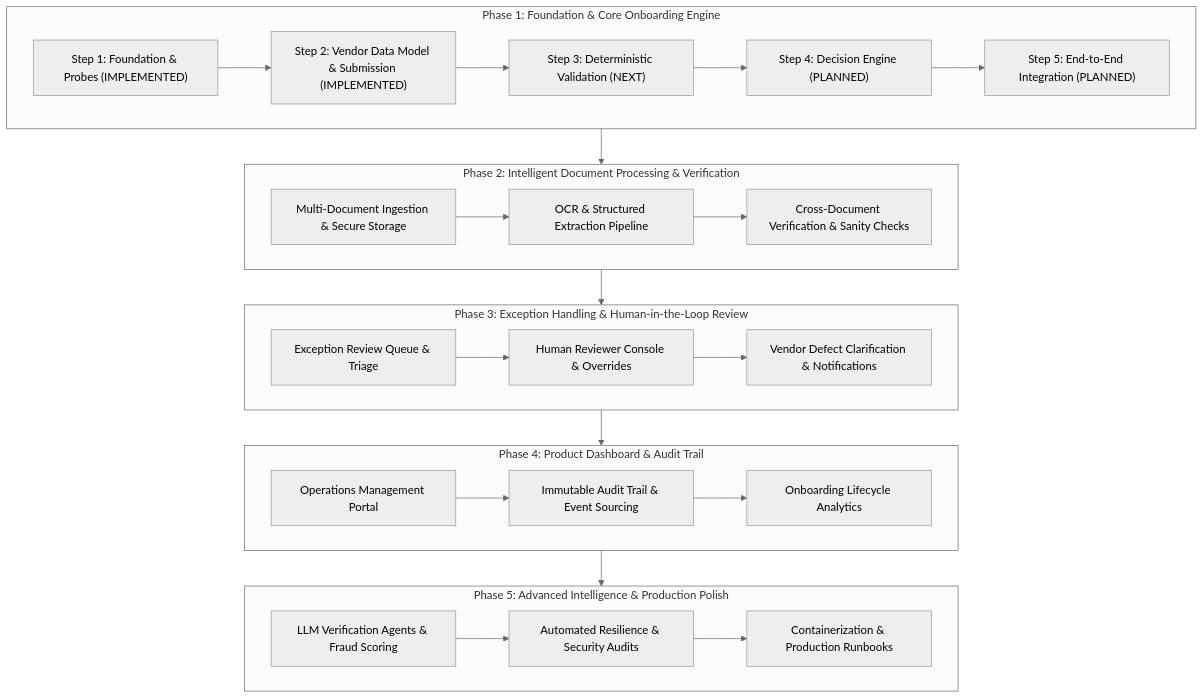
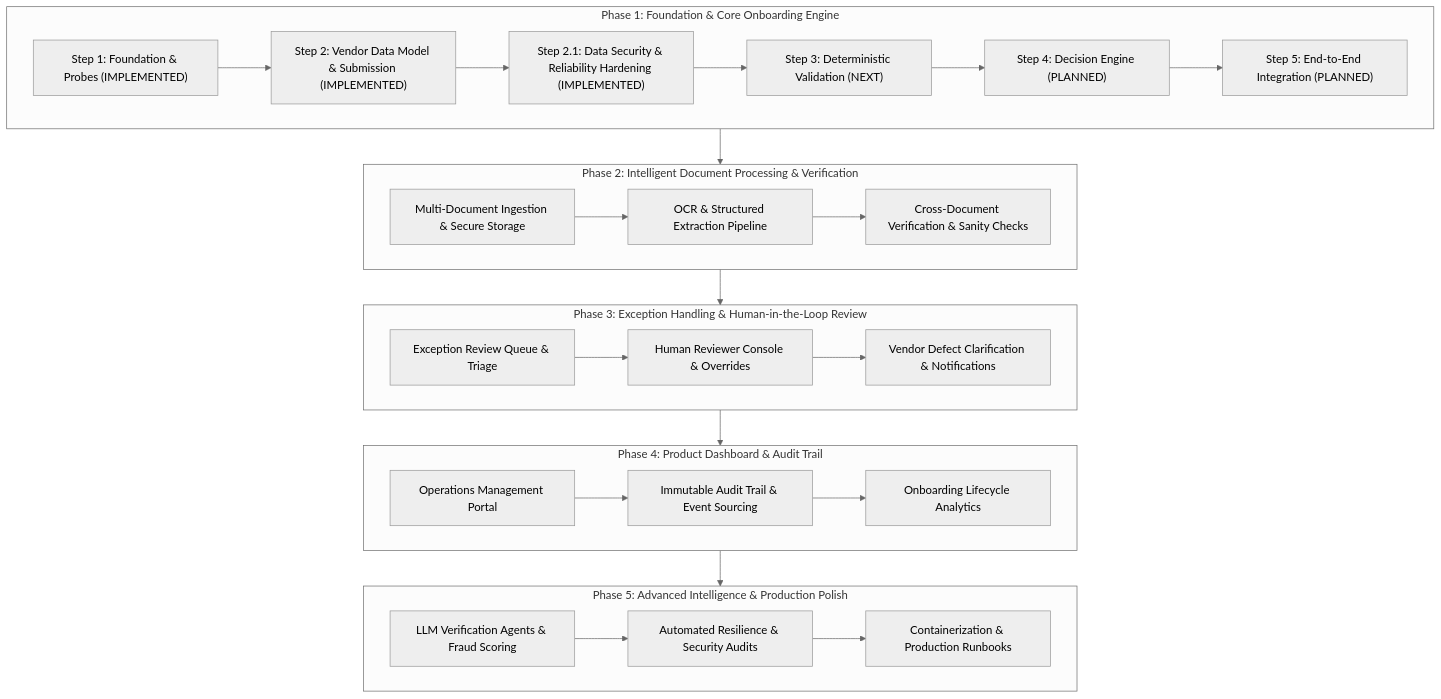
One commit to Tocoung/Zamp changed the diagram in docs/architecture.md. Above: the diagram before and after it, drawn with Mermaid (neutral theme). The commit also changed other lines of this file and 18 other files, not shown here.

Commit message:
feat(step2.1): vendor data security & reliability hardening

````diff
--- a/docs/architecture.md
+++ b/docs/architecture.md
@@ -149,34 +197,35 @@
 ```mermaid
 flowchart TD
     subgraph P1["Phase 1: Foundation & Core Onboarding Engine"]
         F1["Step 1: Foundation & Probes (IMPLEMENTED)"] --> F2["Step 2: Vendor Data Model & Submission (IMPLEMENTED)"]
-        F2 --> F3["Step 3: Deterministic Validation (NEXT)"]
+        F2 --> F2_1["Step 2.1: Data Security & Reliability Hardening (IMPLEMENTED)"]
+        F2_1 --> F3["Step 3: Deterministic Validation (NEXT)"]
         F3 --> F4["Step 4: Decision Engine (PLANNED)"]
         F4 --> F5["Step 5: End-to-End Integration (PLANNED)"]
     end
 
     subgraph P2["Phase 2: Intelligent Document Processing & Verification"]
         D1["Multi-Document Ingestion & Secure Storage"] --> D2["OCR & Structured Extraction Pipeline"]
         D2 --> D3["Cross-Document Verification & Sanity Checks"]
     end
 
     subgraph P3["Phase 3: Exception Handling & Human-in-the-Loop Review"]
         E1["Exception Review Queue & Triage"] --> E2["Human Reviewer Console & Overrides"]
         E2 --> E3["Vendor Defect Clarification & Notifications"]
     end
 
     subgraph P4["Phase 4: Product Dashboard & Audit Trail"]
         U1["Operations Management Portal"] --> U2["Immutable Audit Trail & Event Sourcing"]
         U2 --> U3["Onboarding Lifecycle Analytics"]
     end
 
     subgraph P5["Phase 5: Advanced Intelligence & Production Polish"]
         A1["LLM Verification Agents & Fraud Scoring"] --> A2["Automated Resilience & Security Audits"]
         A2 --> A3["Containerization & Production Runbooks"]
     end
 
     P1 --> P2
     P2 --> P3
     P3 --> P4
     P4 --> P5
 ```
````
